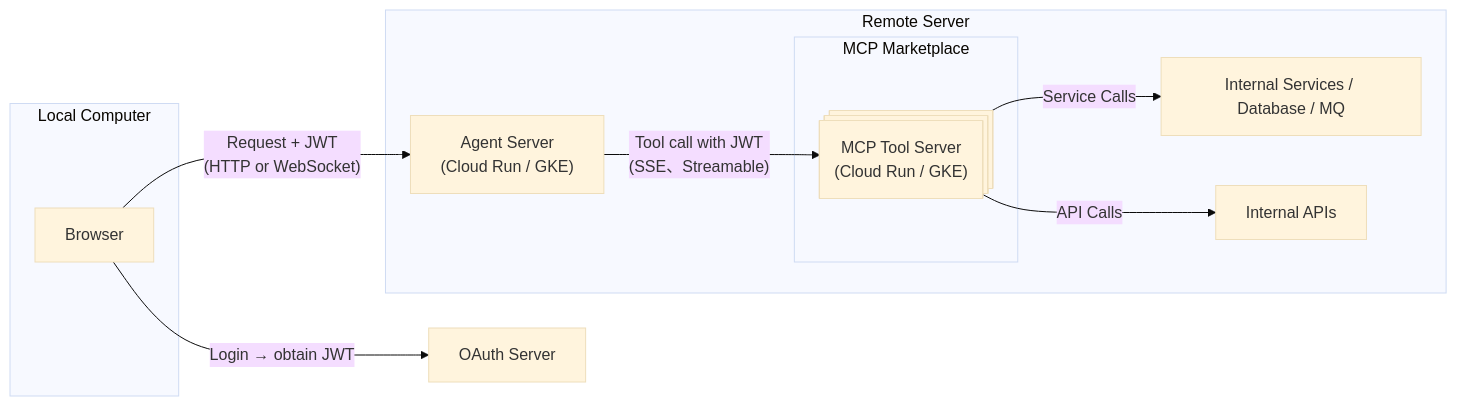
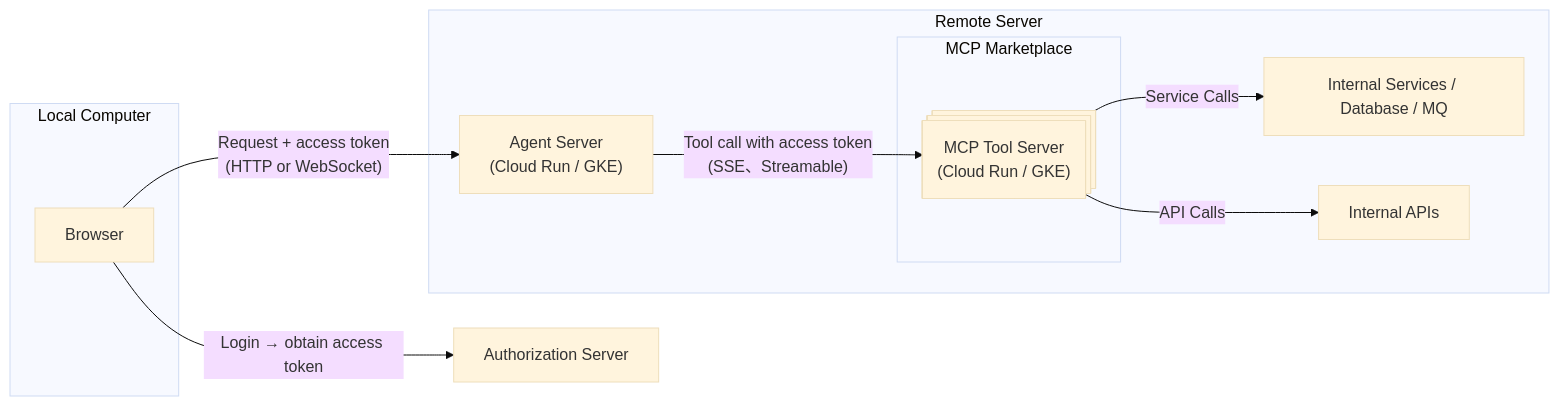
Before and after one commit to PinXian53/python-mcp-server: the first of 2 diagrams in README.md, drawn with Mermaid. The commit also changed other lines of this file, not shown here.

Commit message:
Update README to replace 'OAuth Server' with 'Authorization Server' and adjust token terminology

````diff
--- a/README.md
+++ b/README.md
@@ -30,28 +30,28 @@
 ```mermaid
 ---
 config:
   theme: base
 ---
 flowchart LR
     subgraph L["Local Computer"]
         U["Browser"]
     end
     subgraph MM["MCP Marketplace"]
         M["MCP Tool Server<br>(Cloud Run / GKE)"]
     end
     subgraph R["Remote Server"]
         A["Agent Server<br>(Cloud Run / GKE)"]
         MM
         IS["Internal Services / Database / MQ"]
         IA["Internal APIs"]
     end
-    O["OAuth Server"]
+    O["Authorization Server"]
 
-    U -- Login → obtain JWT --> O
-    U -- Request + JWT<br>(HTTP or WebSocket) --> A
-    A -- Tool call with JWT<br>(SSE、Streamable) --> M
+    U -- Login → obtain access token --> O
+    U -- Request + access token<br>(HTTP or WebSocket) --> A
+    A -- Tool call with access token<br>(SSE、Streamable) --> M
     M -- Service Calls --> IS
     M -- API Calls --> IA
 
     M@{ shape: procs}
 ```
````
